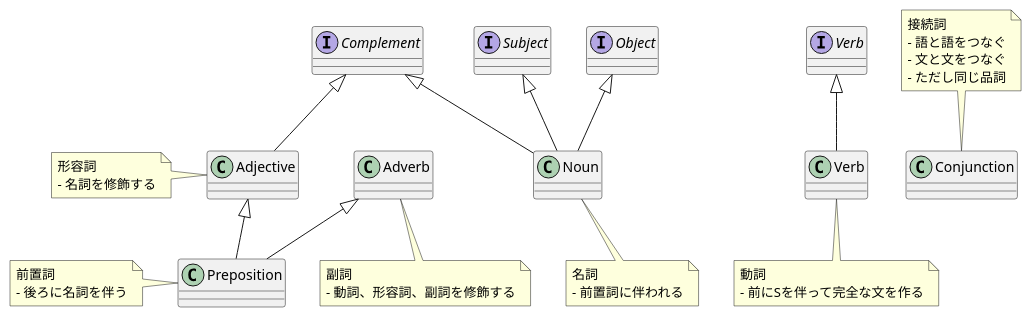
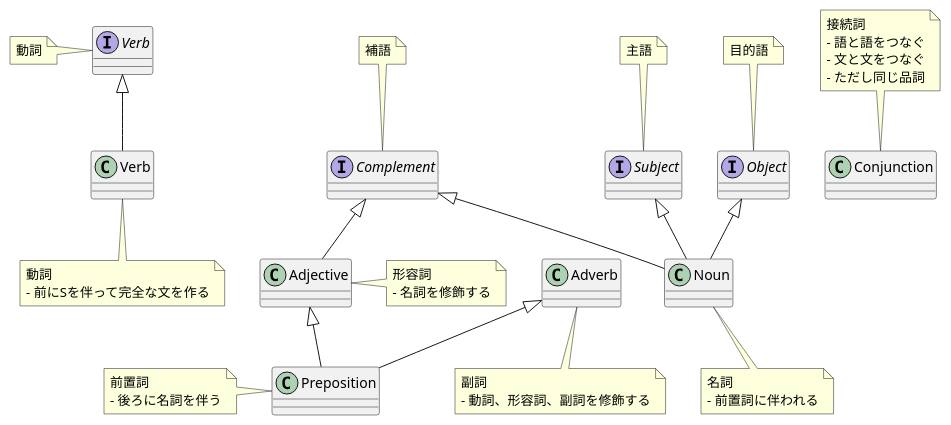
One commit to JHashimoto0518/structure-of-english changed the diagram in docs/diagrams/src/class_diagram.pu. Above: the diagram before and after it, drawn with PlantUML.

Commit message:
add comment

```diff
--- a/docs/diagrams/src/class_diagram.pu
+++ b/docs/diagrams/src/class_diagram.pu
@@ -1,45 +1,52 @@
 @startuml Structure of English
 
 interface Subject
+note top : 主語
+
 interface "Verb" as IVerb
+note left : 動詞
+
 interface Object
+note top : 目的語
+
 interface Complement
+note top : 補語
 
 class Noun {
 }
 note bottom : 名詞\n- 前置詞に伴われる
 
 Subject <|-- Noun
 Object <|-- Noun
 Complement <|-- Noun
 
 class Verb {
 
 }
 note bottom : 動詞\n- 前にSを伴って完全な文を作る
 IVerb <|-- Verb
 
 class Adjective {
 
 }
-note left : 形容詞\n- 名詞を修飾する
+note right : 形容詞\n- 名詞を修飾する
 Complement <|-- Adjective
 
 class Adverb {
 
 }
 note bottom : 副詞\n- 動詞、形容詞、副詞を修飾する
 
 class Preposition {
 
 }
 note left : 前置詞\n- 後ろに名詞を伴う
 Adjective <|-- Preposition
 Adverb <|-- Preposition
 
 class Conjunction {
 
 }
 note top : 接続詞\n- 語と語をつなぐ\n- 文と文をつなぐ\n- ただし同じ品詞
 
 @enduml
```
